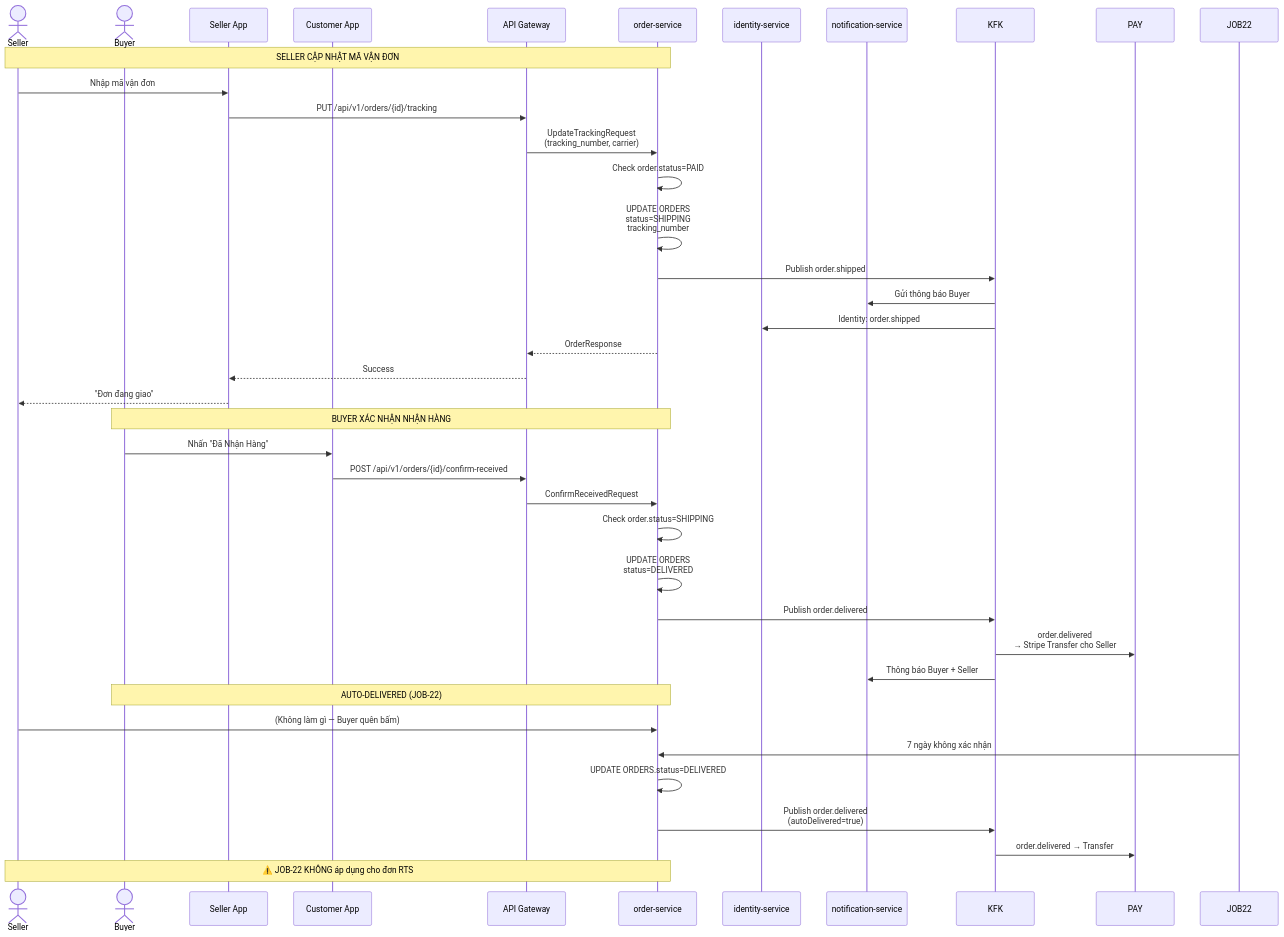
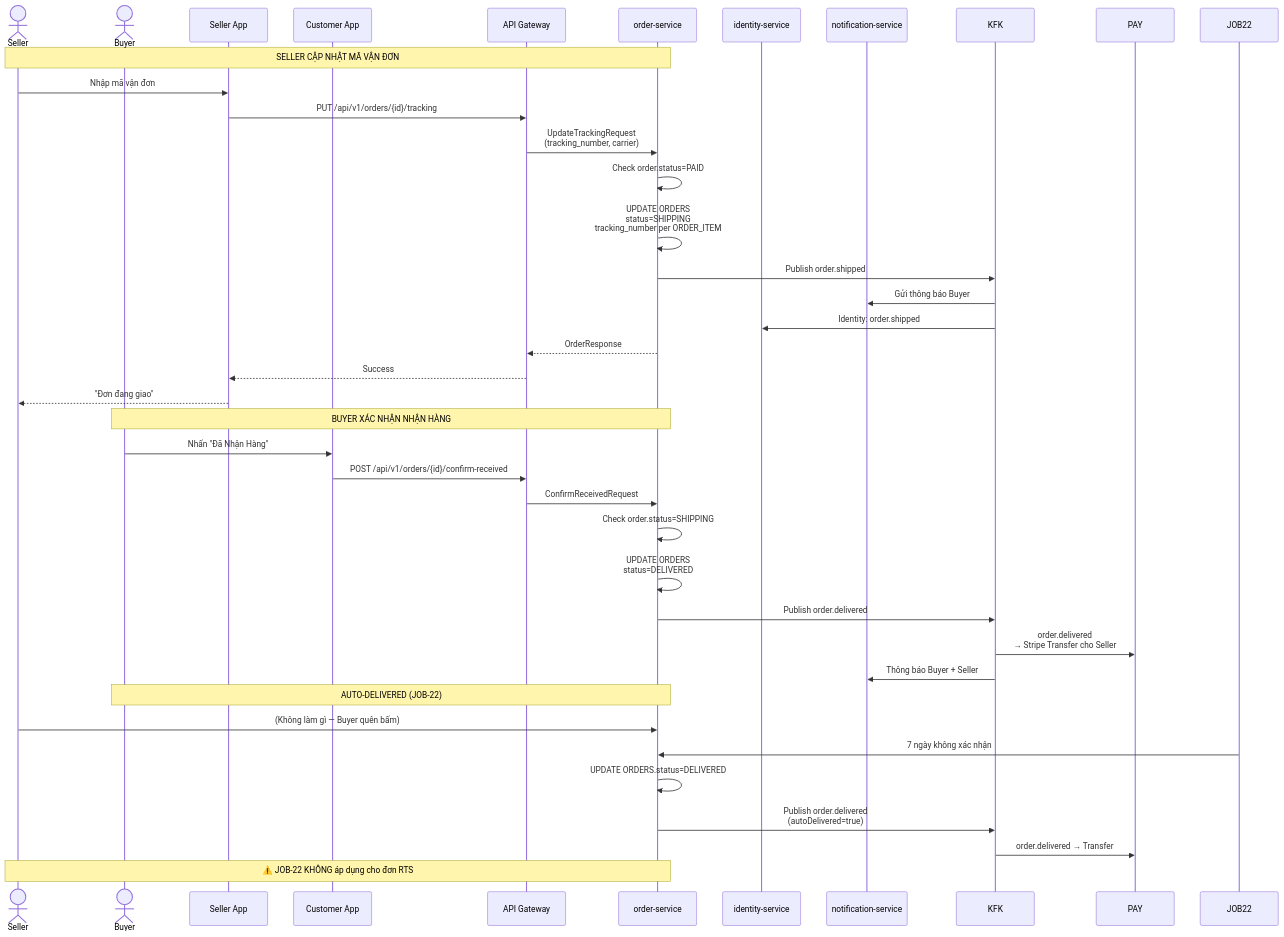
Diagram 12 of 18 in docs/business/07_BUSINESS_FLOWS.md (ldqanh1408/stealing-from-paradise), drawn with Mermaid before and after one commit. The commit also changed other lines of this file and 21 other files, not shown here.

````diff
--- a/docs/business/07_BUSINESS_FLOWS.md
+++ b/docs/business/07_BUSINESS_FLOWS.md
@@ -418,43 +418,43 @@
 ```mermaid
 sequenceDiagram
     actor Seller
     actor Buyer
     participant FE_S as Seller App
     participant FE_C as Customer App
     participant GW as API Gateway
     participant ORD as order-service
     participant IDT as identity-service
     participant NTF as notification-service
 
     Note over Seller,ORD: SELLER CẬP NHẬT MÃ VẬN ĐƠN
     Seller->>FE_S: Nhập mã vận đơn
     FE_S->>GW: PUT /api/v1/orders/{id}/tracking
     GW->>ORD: UpdateTrackingRequest<br>(tracking_number, carrier)
     ORD->>ORD: Check order.status=PAID
-    ORD->>ORD: UPDATE ORDERS<br>status=SHIPPING<br>tracking_number
+    ORD->>ORD: UPDATE ORDERS<br>status=SHIPPING<br>tracking_number per ORDER_ITEM
     ORD->>KFK: Publish order.shipped
     KFK->>NTF: Gửi thông báo Buyer
     KFK->>IDT: Identity: order.shipped
     ORD-->>GW: OrderResponse
     GW-->>FE_S: Success
     FE_S-->>Seller: "Đơn đang giao"
 
     Note over Buyer,ORD: BUYER XÁC NHẬN NHẬN HÀNG
     Buyer->>FE_C: Nhấn "Đã Nhận Hàng"
     FE_C->>GW: POST /api/v1/orders/{id}/confirm-received
     GW->>ORD: ConfirmReceivedRequest
     ORD->>ORD: Check order.status=SHIPPING
     ORD->>ORD: UPDATE ORDERS<br>status=DELIVERED
     ORD->>KFK: Publish order.delivered
     KFK->>PAY: order.delivered<br>→ Stripe Transfer cho Seller
     KFK->>NTF: Thông báo Buyer + Seller
 
     Note over Buyer,ORD: AUTO-DELIVERED (JOB-22)
     Seller->>ORD: (Không làm gì — Buyer quên bấm)
     JOB22->>ORD: 7 ngày không xác nhận
     ORD->>ORD: UPDATE ORDERS.status=DELIVERED
     ORD->>KFK: Publish order.delivered<br>(autoDelivered=true)
     KFK->>PAY: order.delivered → Transfer
 
     Note over Seller,ORD: ⚠️ JOB-22 KHÔNG áp dụng cho đơn RTS
 ```
````
